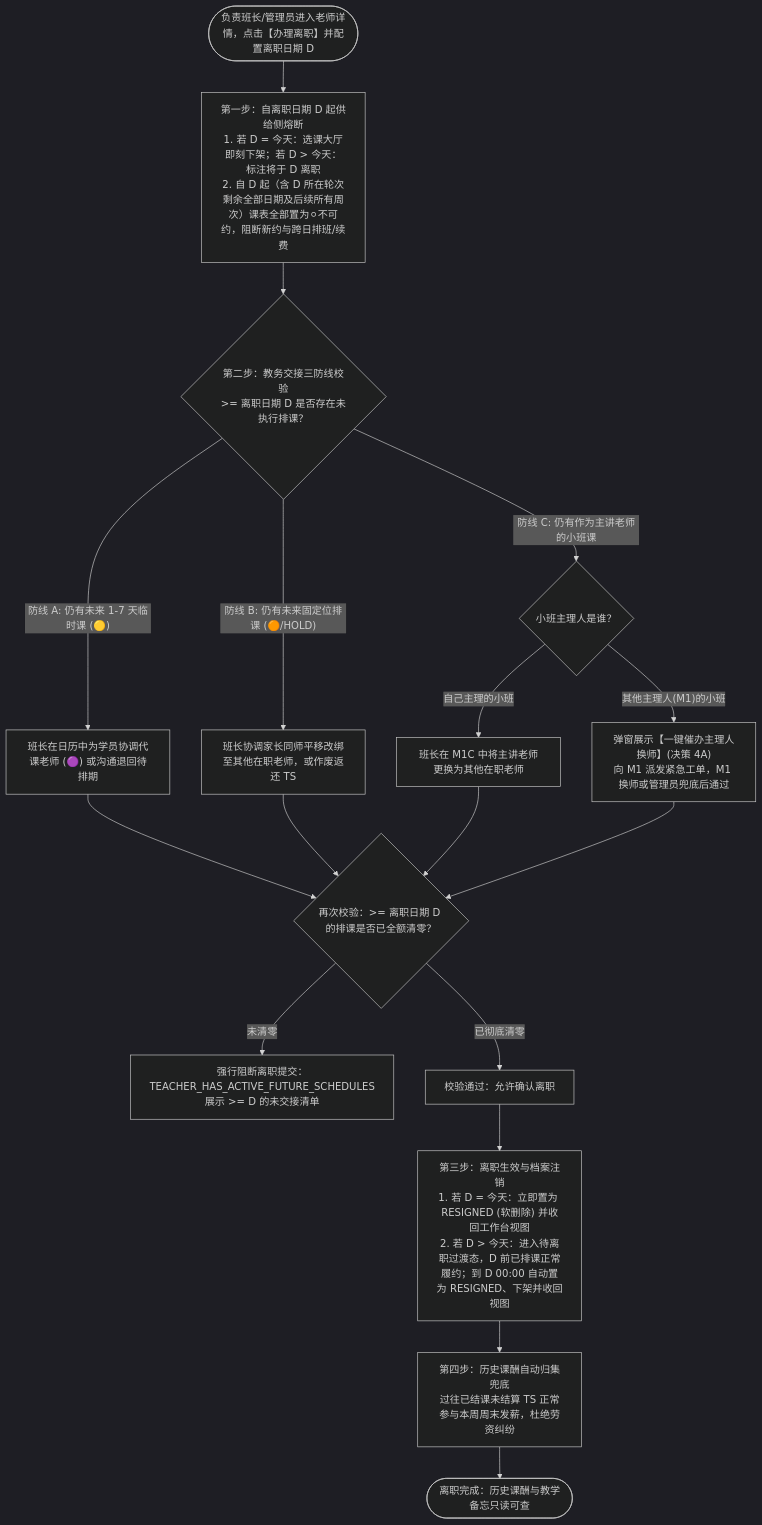
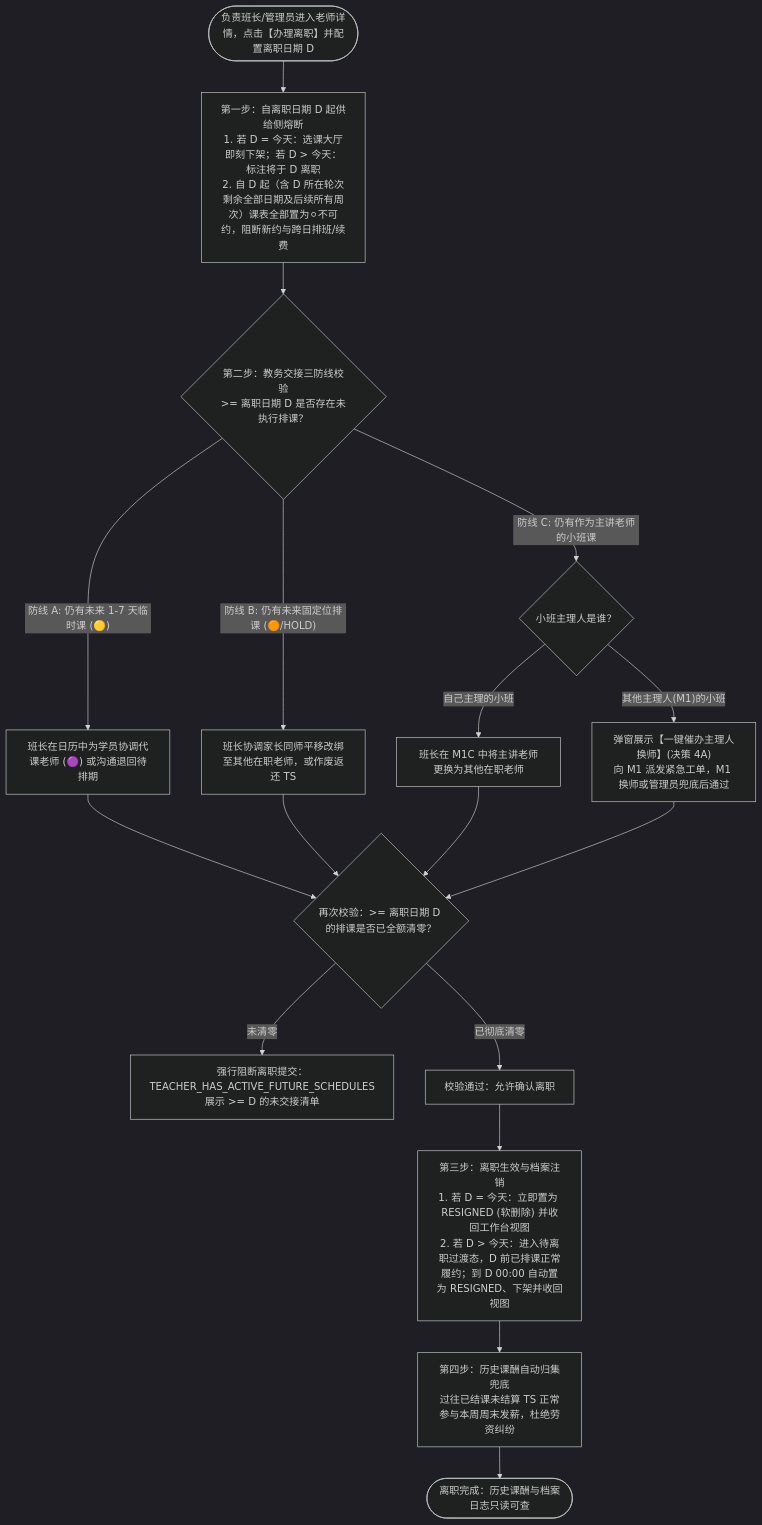
The fifth of 7 diagrams in docs/prd/m1b_teacher_profile.md (Onezao/dream), drawn with Mermaid (dark theme) before and after one commit. The commit also changed other lines of this file and 26 other files, not shown here.

````diff
--- a/docs/prd/m1b_teacher_profile.md
+++ b/docs/prd/m1b_teacher_profile.md
@@ -149,20 +149,20 @@
 ```mermaid
 flowchart TD
     Start(["负责班长/管理员进入老师详情，点击【办理离职】并配置离职日期 D"]) --> DisallowNew["第一步：自离职日期 D 起供给侧熔断\n1. 若 D = 今天：选课大厅即刻下架；若 D > 今天：标注将于 D 离职\n2. 自 D 起（含 D 所在轮次剩余全部日期及后续所有周次）课表全部置为⚪不可约，阻断新约与跨日排班/续费"]
     
     DisallowNew --> CheckSchedules{"第二步：教务交接三防线校验\n>= 离职日期 D 是否存在未执行排课？"}
     
     CheckSchedules -->|"防线 A: 仍有未来 1-7 天临时课 (🟡)"| ResolveA["班长在日历中为学员协调代课老师 (🟣) 或沟通退回待排期"]
     CheckSchedules -->|"防线 B: 仍有未来固定位排课 (🟠/HOLD)"| ResolveB["班长协调家长同师平移改绑至其他在职老师，或作废返还 TS"]
     CheckSchedules -->|"防线 C: 仍有作为主讲老师的小班课"| CheckOwner{"小班主理人是谁？"}
     CheckOwner -->|"自己主理的小班"| SelfChange["班长在 M1C 中将主讲老师更换为其他在职老师"]
     CheckOwner -->|"其他主理人(M1)的小班"| CollabChange["弹窗展示【一键催办主理人换师】(决策 4A)\n向 M1 派发紧急工单，M1 换师或管理员兜底后通过"]
     
     ResolveA & ResolveB & SelfChange & CollabChange --> Recheck{"再次校验：>= 离职日期 D 的排课是否已全额清零？"}
     Recheck -->|"未清零"| BlockSubmit["强行阻断离职提交：TEACHER_HAS_ACTIVE_FUTURE_SCHEDULES\n展示 >= D 的未交接清单"]
     Recheck -->|"已彻底清零"| PassInspection["校验通过：允许确认离职"]
     
     PassInspection --> ExecDismiss["第三步：离职生效与档案注销\n1. 若 D = 今天：立即置为 RESIGNED (软删除) 并收回工作台视图\n2. 若 D > 今天：进入待离职过渡态，D 前已排课正常履约；到 D 00:00 自动置为 RESIGNED、下架并收回视图"]
     ExecDismiss --> SettlePayroll["第四步：历史课酬自动归集兜底\n过往已结课未结算 TS 正常参与本周周末发薪，杜绝劳资纠纷"]
-    SettlePayroll --> Done(["离职完成：历史课酬与教学备忘只读可查"])
+    SettlePayroll --> Done(["离职完成：历史课酬与档案日志只读可查"])
 ```
````
